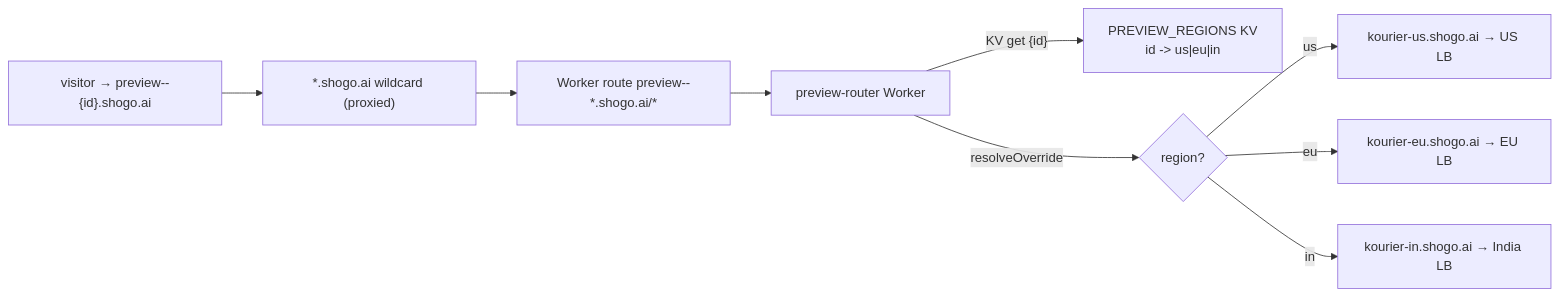
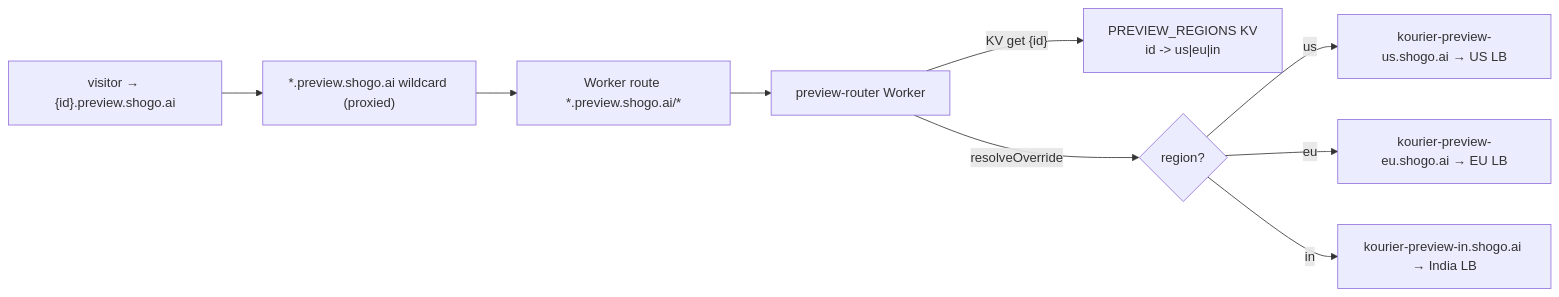
Before and after one commit to shogo-labs/shogo-ai: the diagram in docs/preview-router.md, drawn with Mermaid. The commit also changed other lines of this file and 11 other files, not shown here.

````diff
--- a/docs/preview-router.md
+++ b/docs/preview-router.md
@@ -23,11 +39,11 @@
 ```mermaid
 flowchart LR
-  visitor["visitor → preview--{id}.shogo.ai"] --> wc["*.shogo.ai wildcard (proxied)"]
-  wc --> route["Worker route preview--*.shogo.ai/*"]
+  visitor["visitor → {id}.preview.shogo.ai"] --> wc["*.preview.shogo.ai wildcard (proxied)"]
+  wc --> route["Worker route *.preview.shogo.ai/*"]
   route --> worker["preview-router Worker"]
   worker -->|"KV get {id}"| kv["PREVIEW_REGIONS KV<br/>id -> us|eu|in"]
   worker -->|"resolveOverride"| anchor{"region?"}
-  anchor -->|us| us["kourier-us.shogo.ai → US LB"]
-  anchor -->|eu| eu["kourier-eu.shogo.ai → EU LB"]
-  anchor -->|in| inn["kourier-in.shogo.ai → India LB"]
+  anchor -->|us| us["kourier-preview-us.shogo.ai → US LB"]
+  anchor -->|eu| eu["kourier-preview-eu.shogo.ai → EU LB"]
+  anchor -->|in| inn["kourier-preview-in.shogo.ai → India LB"]
 ```
````
